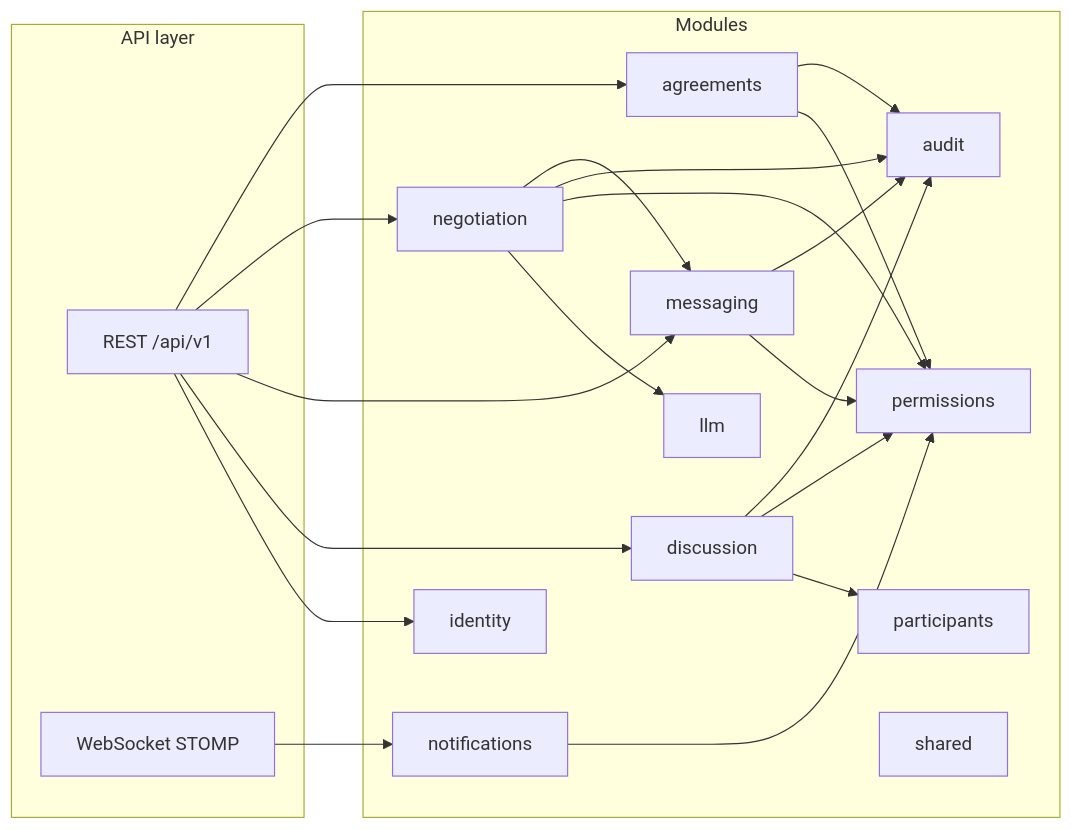
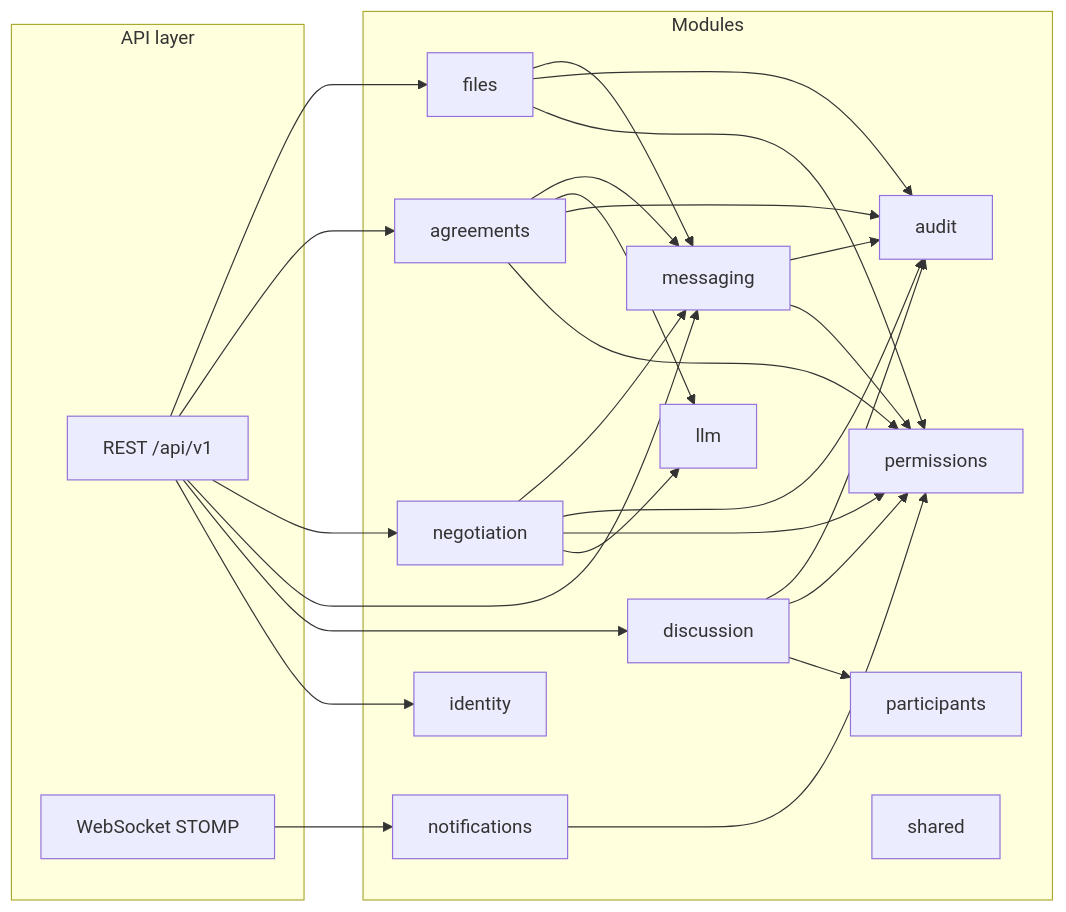
One commit to sshoster/version1 changed the first of 4 diagrams in docs/architecture.md. Above: the diagram before and after it, drawn with Mermaid. The commit also changed other lines of this file and 6 other files, not shown here.

````diff
--- a/docs/architecture.md
+++ b/docs/architecture.md
@@ -62,27 +64,29 @@
 ```mermaid
 flowchart LR
     subgraph API layer
         REST[REST /api/v1]
         WS[WebSocket STOMP]
     end
     subgraph Modules
         identity
         discussion
         participants
         permissions
         messaging
         negotiation
         agreements
+        files
         audit
         notifications
         llm
         shared
     end
-    REST --> identity & discussion & messaging & negotiation & agreements
+    REST --> identity & discussion & messaging & negotiation & agreements & files
     WS --> notifications
     messaging --> permissions & audit
     negotiation --> llm & permissions & audit & messaging
-    agreements --> permissions & audit
+    agreements --> permissions & audit & llm & messaging
+    files --> permissions & audit & messaging
     discussion --> participants & permissions & audit
     notifications --> permissions
 ```
````
